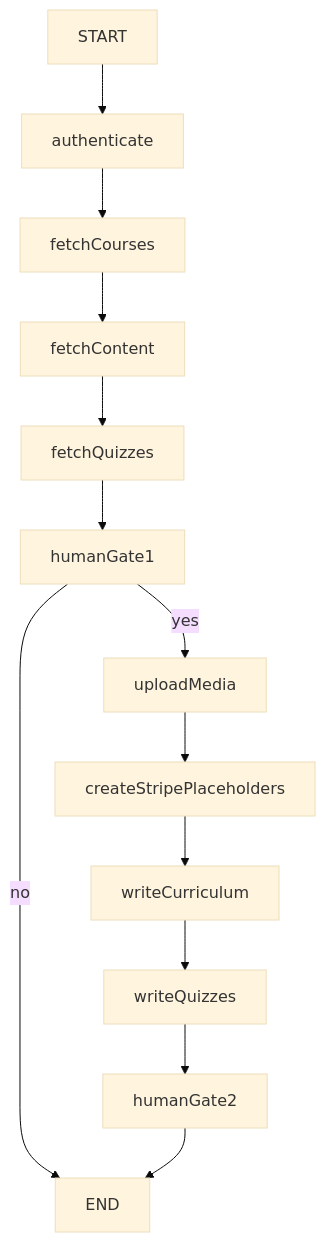
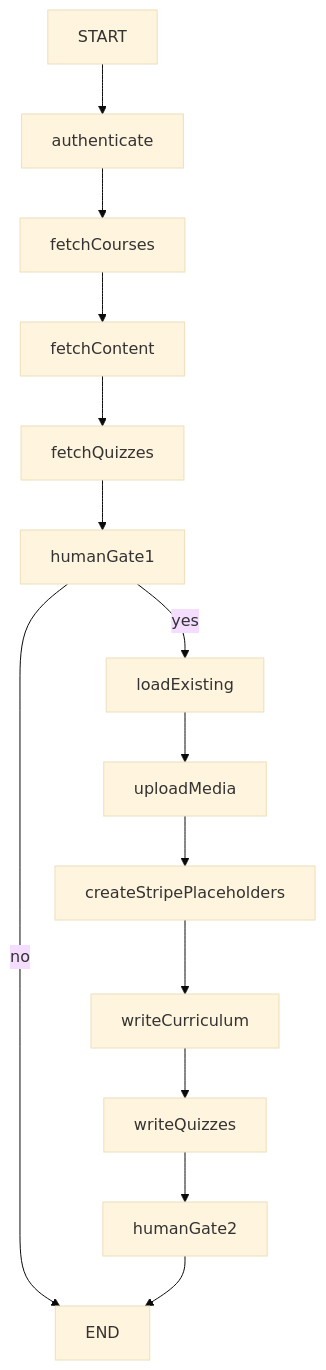
One commit to RoyianChow/HealthAcademyLMS. changed the diagram in documentation/WP_MIGRATION_AGENT.md. Above: the diagram before and after it, drawn with Mermaid (base theme). The commit also changed other lines of this file and 3 other files, not shown here.

````diff
--- a/documentation/WP_MIGRATION_AGENT.md
+++ b/documentation/WP_MIGRATION_AGENT.md
@@ -257,15 +286,16 @@
 ```mermaid
 flowchart TD
   START --> authenticate
   authenticate --> fetchCourses
   fetchCourses --> fetchContent
   fetchContent --> fetchQuizzes
   fetchQuizzes --> humanGate1
-  humanGate1 -->|"yes"| uploadMedia
+  humanGate1 -->|"yes"| loadExisting
+  loadExisting --> uploadMedia
   humanGate1 -->|"no"| END
   uploadMedia --> createStripePlaceholders
   createStripePlaceholders --> writeCurriculum
   writeCurriculum --> writeQuizzes
   writeQuizzes --> humanGate2
   humanGate2 --> END
 ```
````
